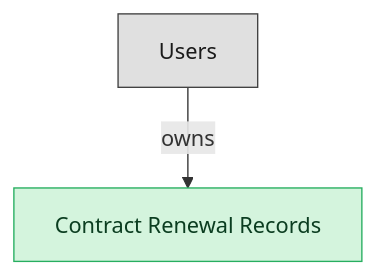
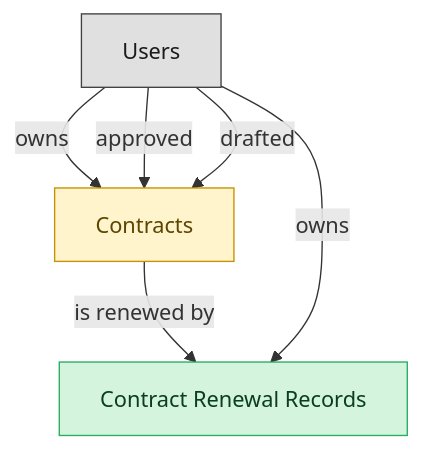
The diagram in catalog/blueprints/clm-renewal-semantic-blueprint.md (IntranetFactory/domain-map), drawn with Mermaid before and after one commit. The commit also changed other lines of this file and 122 other files, not shown here.

````diff
--- a/catalog/blueprints/clm-renewal-semantic-blueprint.md
+++ b/catalog/blueprints/clm-renewal-semantic-blueprint.md
@@ -33,10 +35,17 @@
 ```mermaid
 flowchart TD
   classDef master fill:#d4f4dd,stroke:#27ae60,color:#0b3d20;
+  classDef embedded_master fill:#fff4cc,stroke:#c79100,color:#5b4500;
   classDef platform_builtin fill:#e0e0e0,stroke:#424242,color:#1a1a1a;
+  legal_contracts["Contracts"]
   contract_renewal_records["Contract Renewal Records"]
   users["Users"]
+  legal_contracts -->|"is renewed by"| contract_renewal_records
+  users -->|"owns"| legal_contracts
+  users -->|"approved"| legal_contracts
+  users -->|"drafted"| legal_contracts
   users -->|"owns"| contract_renewal_records
+  class legal_contracts embedded_master;
   class contract_renewal_records master;
   class users platform_builtin;
 ```
````
